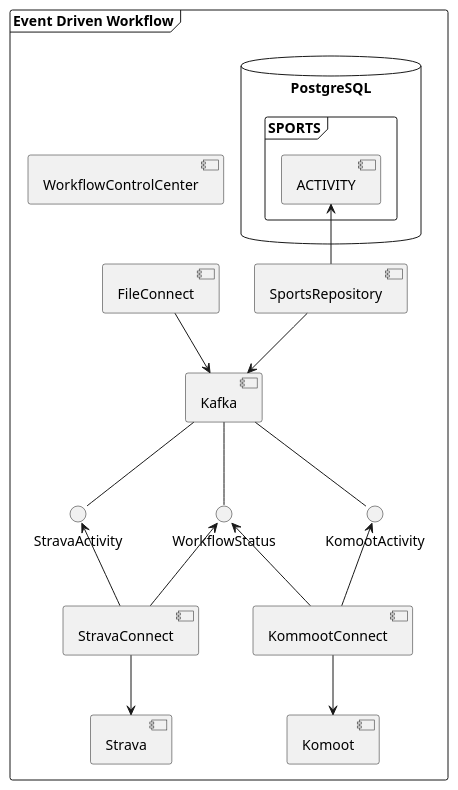
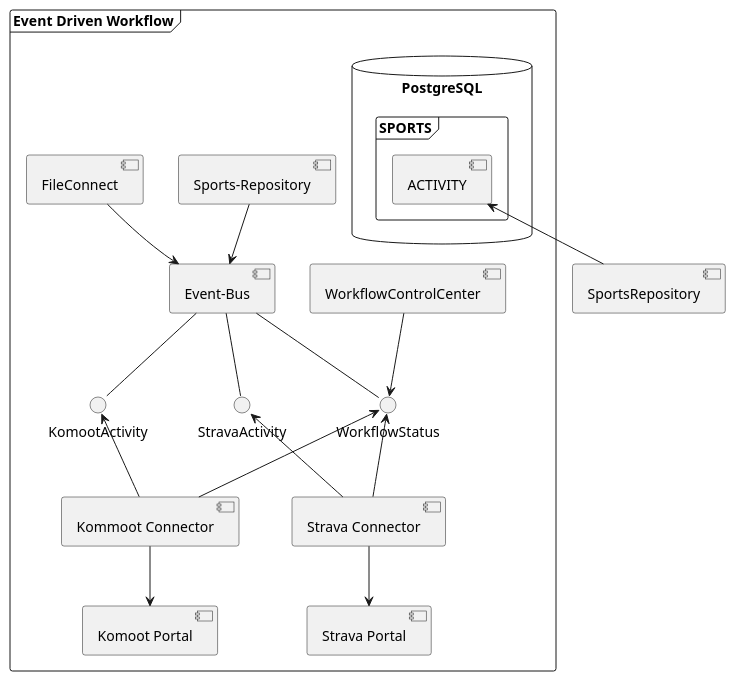
The diagram in arc42/05-Building Block View/whitebox-overall-system.puml (CC21-EDW/documentation), drawn with PlantUML before and after one commit. The commit also changed 2 other files, not shown here.

```diff
--- a/arc42/05-Building Block View/whitebox-overall-system.puml
+++ b/arc42/05-Building Block View/whitebox-overall-system.puml
@@ -1,37 +1,43 @@
 @startuml
 'https://plantuml.com/component-diagram
 
 frame "Event Driven Workflow" {
-  [Strava]
-  [StravaConnect]
+  [Strava Portal] as [Strava]
+  [Komoot Portal] as [Komoot]
+
+  [Strava Connector] as [StravaConnect]
+  [Kommoot Connector] as [KommootConnect]
+
+  [Event-Bus] as [Kafka]
+
+  [Sports-Repository] as [SportsRepo]
+
+  [WorkflowControlCenter] as [WF-CC]
+
   [Kafka] -- WorkflowStatus
+  [Kafka] -- KomootActivity
   [Kafka] -- StravaActivity
-  [Kafka] -- KomootActivity
-  [Komoot]
-  [KommootConnect]
-  [SportsRepository]
   [FileConnect]
-  [WorkflowControlCenter]
 
   database "PostgreSQL" {
     frame "SPORTS" {
       [ACTIVITY]
     }
   }
 }
 
 [FileConnect] --> [Kafka]
-[SportsRepository] --> [Kafka]
+[SportsRepo] --> [Kafka]
+[WF-CC] --> WorkflowStatus
 
 [StravaConnect] --> [Strava]
 StravaActivity <-- [StravaConnect]
 WorkflowStatus <-- [StravaConnect]
 
 [KommootConnect] --> [Komoot]
 KomootActivity <-- [KommootConnect]
 WorkflowStatus <-- [KommootConnect]
 
-
 [ACTIVITY] <-- [SportsRepository]
 
 @enduml
```
